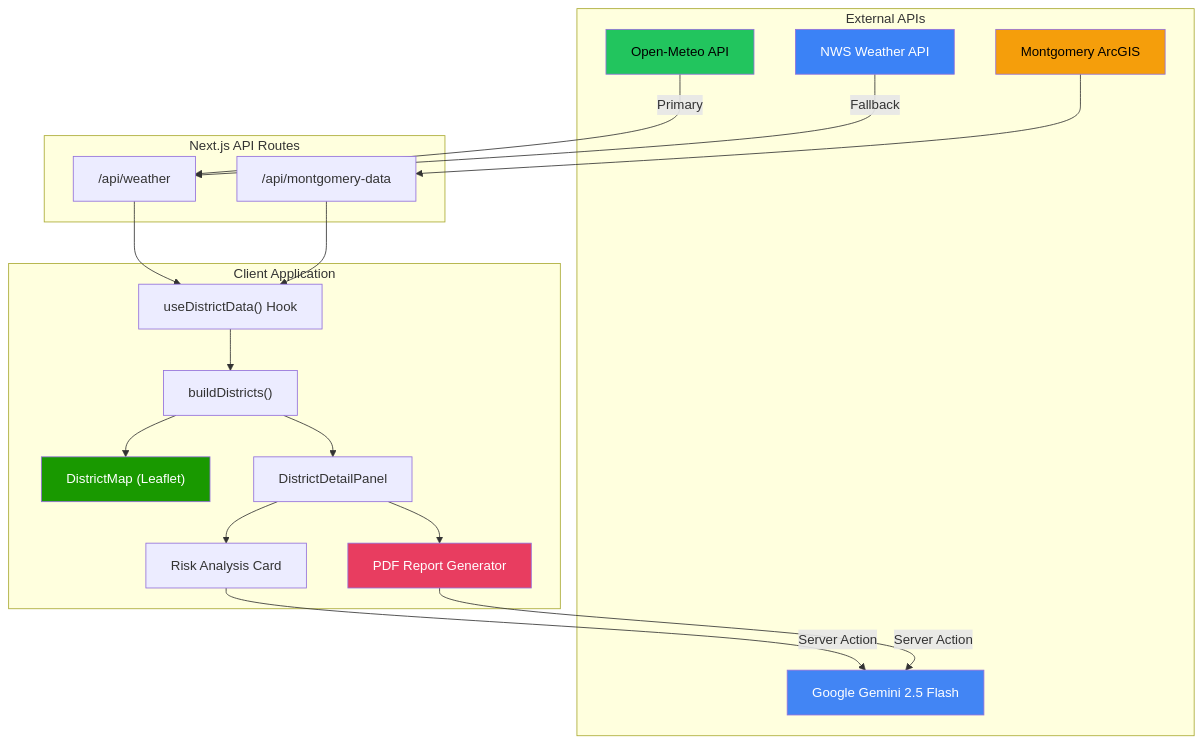
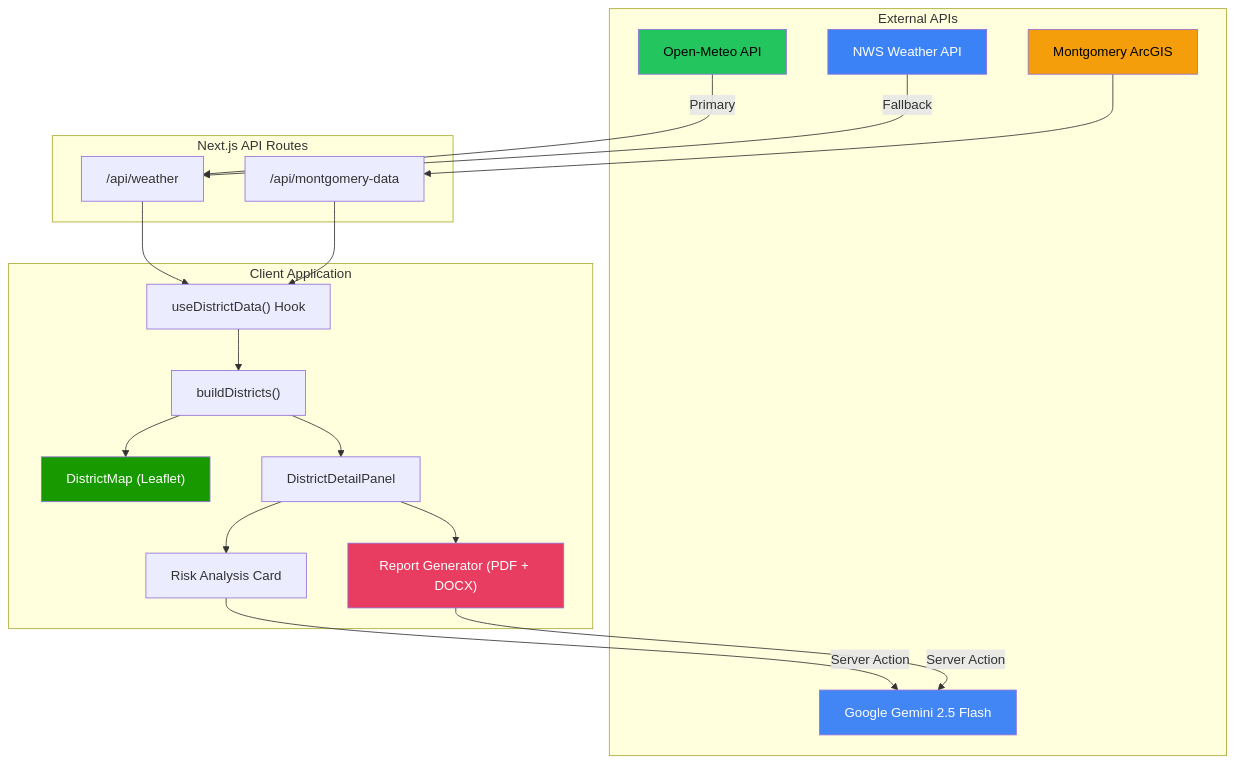
The first of 3 diagrams in README.md (soneeee22000/HeatDebt.dev), drawn with Mermaid before and after one commit. The commit also changed other lines of this file, not shown here.

Commit message:
docs: update README with dual-format reports, 5-section structure, docx-report

````diff
--- a/README.md
+++ b/README.md
@@ -47,44 +47,44 @@
 ```mermaid
 graph TB
     subgraph External APIs
         OM[Open-Meteo API]
         NWS[NWS Weather API]
         ARC[Montgomery ArcGIS]
         GEM[Google Gemini 2.5 Flash]
     end
 
     subgraph Next.js API Routes
         WR["/api/weather"]
         MD["/api/montgomery-data"]
     end
 
     subgraph Client Application
         HOOK["useDistrictData() Hook"]
         BUILD["buildDistricts()"]
         MAP["DistrictMap (Leaflet)"]
         PANEL["DistrictDetailPanel"]
-        REPORT["PDF Report Generator"]
+        REPORT["Report Generator (PDF + DOCX)"]
         RISK["Risk Analysis Card"]
     end
 
     OM -->|Primary| WR
     NWS -->|Fallback| WR
     ARC --> MD
 
     WR --> HOOK
     MD --> HOOK
     HOOK --> BUILD
     BUILD --> MAP
     BUILD --> PANEL
     PANEL --> RISK
     PANEL --> REPORT
     RISK -->|Server Action| GEM
     REPORT -->|Server Action| GEM
 
     style OM fill:#22c55e,color:#000
     style NWS fill:#3b82f6,color:#fff
     style ARC fill:#f59e0b,color:#000
     style GEM fill:#4285F4,color:#fff
     style MAP fill:#199900,color:#fff
     style REPORT fill:#E83D60,color:#fff
 ```
````
